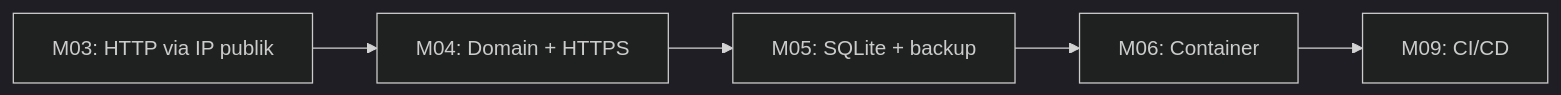
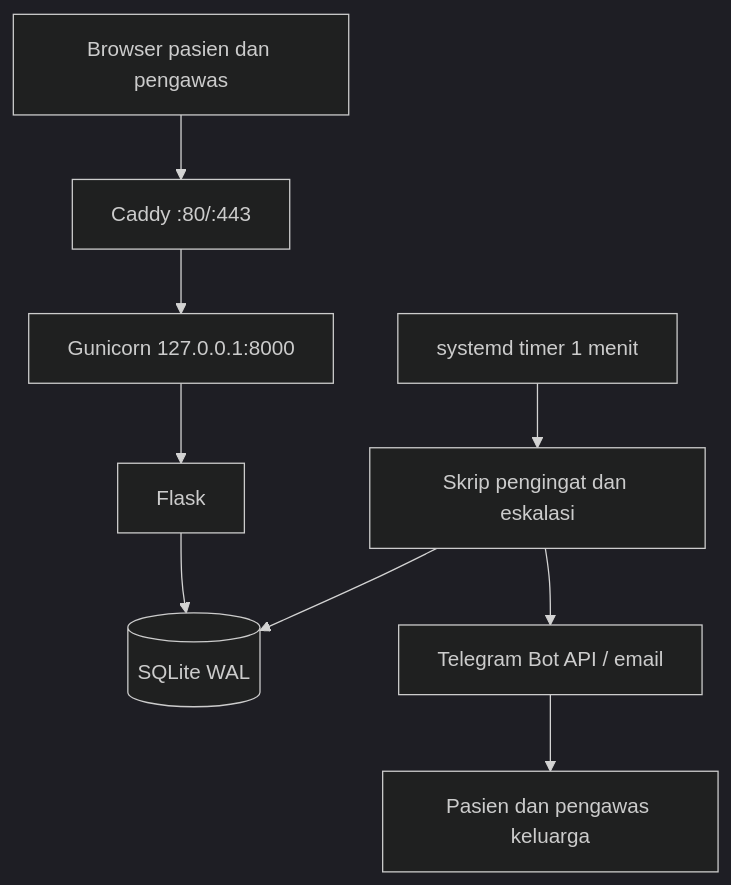
The second of 2 diagrams in docs/architecture.md (putrirosmalia62-glitch/cc-25832072012-mediremind), drawn with Mermaid (dark theme) before and after one commit. The commit also changed other lines of this file, not shown here.

Commit message:
docs: update architecture to match implementation

````diff
--- a/docs/architecture.md
+++ b/docs/architecture.md
@@ -25,7 +19,11 @@
 ```mermaid
-flowchart LR
-    A[M03: HTTP via IP publik] --> B[M04: Domain + HTTPS]
-    B --> C[M05: SQLite + backup]
-    C --> D[M06: Container]
-    D --> E[M09: CI/CD]
+flowchart TB
+    U[Browser pasien dan pengawas] --> C[Caddy :80/:443]
+    C --> G[Gunicorn 127.0.0.1:8000]
+    G --> A[Flask]
+    A --> D[(SQLite WAL)]
+    T[systemd timer 1 menit] --> S[Skrip pengingat dan eskalasi]
+    S --> D
+    S --> N[Telegram Bot API / email]
+    N --> P[Pasien dan pengawas keluarga]
 ```
````
